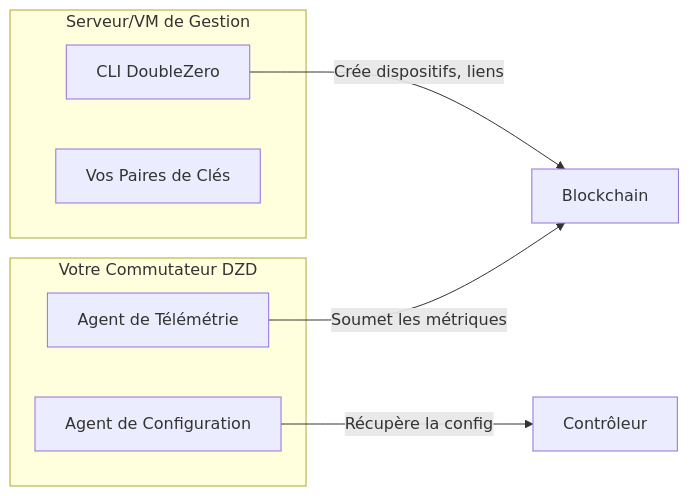
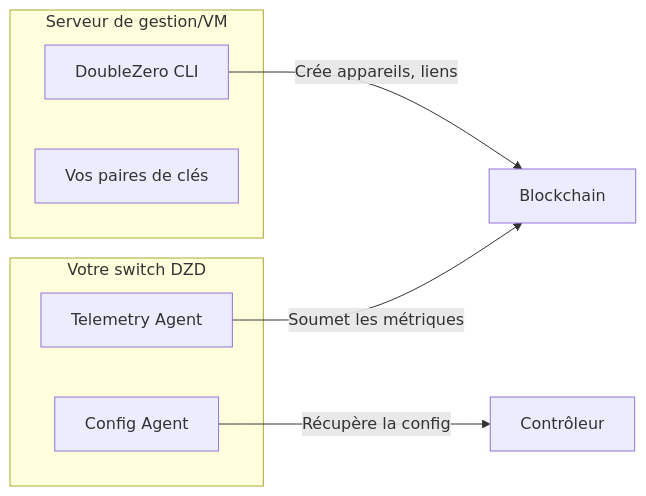
One commit to malbeclabs/docs changed the third of 9 diagrams in docs/contribute-provisioning.fr.md. Above: the diagram before and after it, drawn with Mermaid. The commit also changed other lines of this file and 34 other files, not shown here.

````diff
--- a/docs/contribute-provisioning.fr.md
+++ b/docs/contribute-provisioning.fr.md
@@ -134,16 +175,16 @@
     ```mermaid
     flowchart LR
-        subgraph "Serveur/VM de Gestion"
-            CLI[CLI DoubleZero]
-            KEYS[Vos Paires de Clés]
+        subgraph "Serveur de gestion/VM"
+            CLI[DoubleZero CLI]
+            KEYS[Vos paires de clés]
         end
 
-        subgraph "Votre Commutateur DZD"
-            CA[Agent de Configuration]
-            TA[Agent de Télémétrie]
+        subgraph "Votre switch DZD"
+            CA[Config Agent]
+            TA[Telemetry Agent]
         end
 
-        CLI -->|Crée dispositifs, liens| BC[Blockchain]
+        CLI -->|Crée appareils, liens| BC[Blockchain]
         CA -->|Récupère la config| CTRL[Contrôleur]
         TA -->|Soumet les métriques| BC
     ```
````
